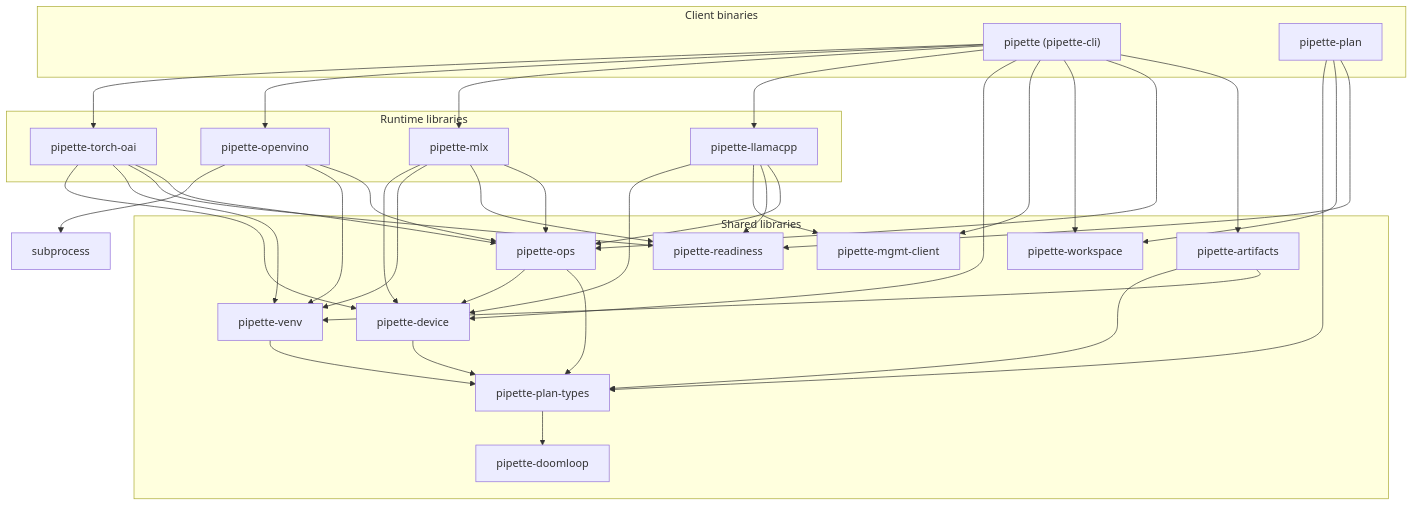
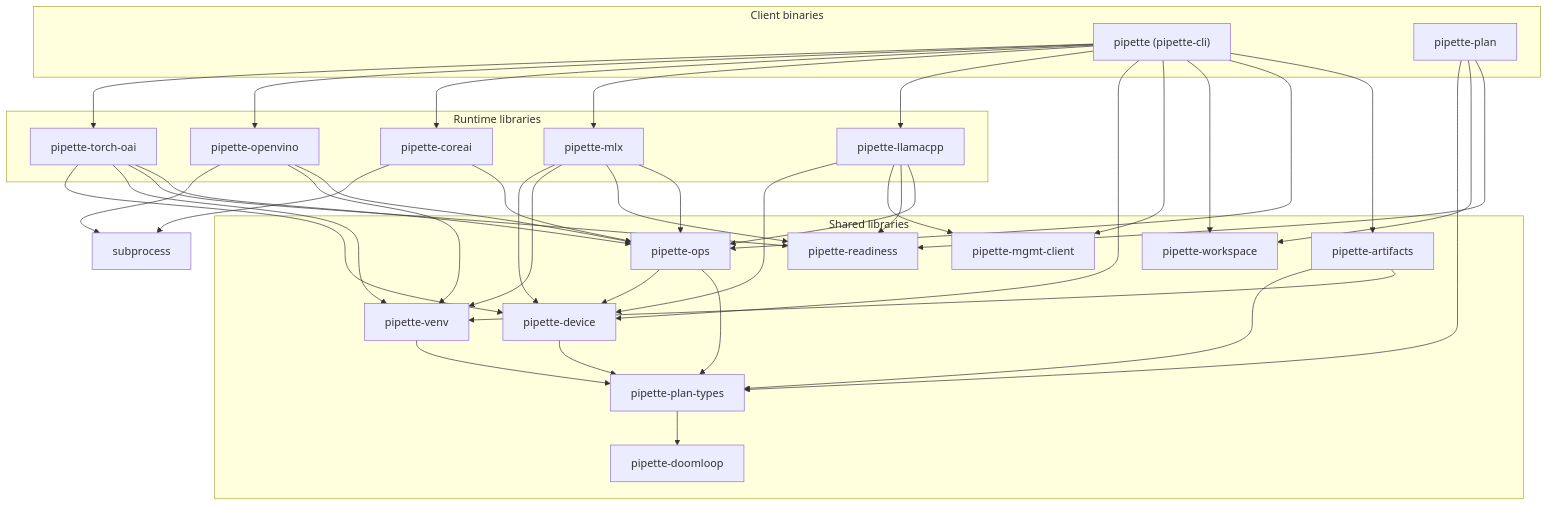
The diagram in docs/architecture.md (Liquid4All/pipette-clients), drawn with Mermaid before and after one commit. The commit also changed other lines of this file and 19 other files, not shown here.

````diff
--- a/docs/architecture.md
+++ b/docs/architecture.md
@@ -68,39 +69,41 @@
 ```mermaid
 graph TD
     subgraph bins["Client binaries"]
         pipette["pipette (pipette-cli)"]
         plan["pipette-plan"]
     end
 
     subgraph impls["Runtime libraries"]
         llamacpp["pipette-llamacpp"]
         mlx["pipette-mlx"]
+        coreai["pipette-coreai"]
         openvino["pipette-openvino"]
         torch["pipette-torch-oai"]
     end
 
     subgraph libs["Shared libraries"]
         ops["pipette-ops"]
         device["pipette-device"]
         artifacts["pipette-artifacts"]
         readiness["pipette-readiness"]
         venv["pipette-venv"]
         workspace["pipette-workspace"]
         mgmt["pipette-mgmt-client"]
         types["pipette-plan-types"]
         doomloop["pipette-doomloop"]
     end
 
     pipette --> artifacts & ops & workspace & mgmt & device
-    pipette --> llamacpp & mlx & openvino & torch
+    pipette --> llamacpp & mlx & coreai & openvino & torch
     llamacpp --> ops & readiness & mgmt & device
     mlx --> ops & readiness & venv & device
+    coreai --> ops & subprocess
     openvino --> ops & venv & subprocess
     torch --> ops & readiness & venv & device
     plan --> readiness & workspace & types
     ops --> types & device
     artifacts --> venv & types
     venv --> types
     device --> types
     types --> doomloop
 ```
````
